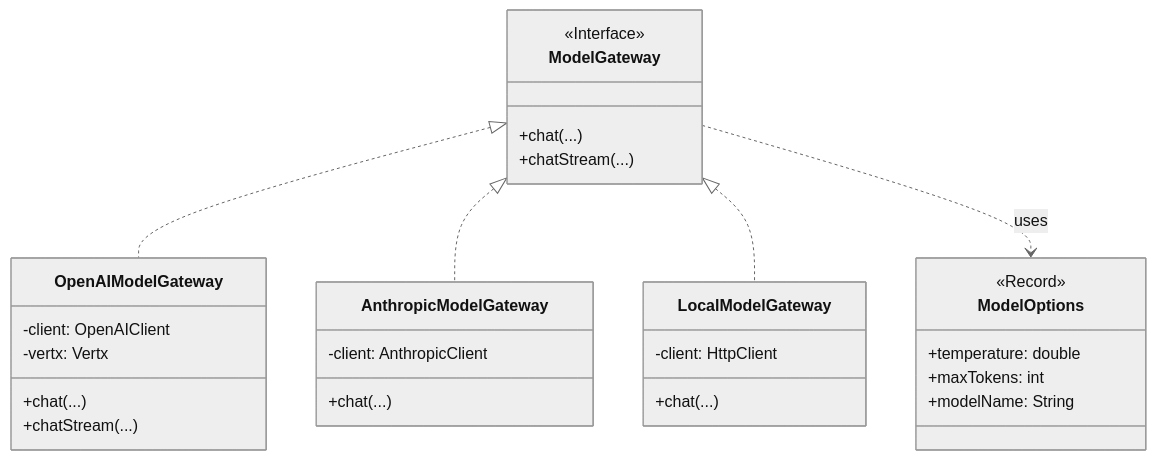
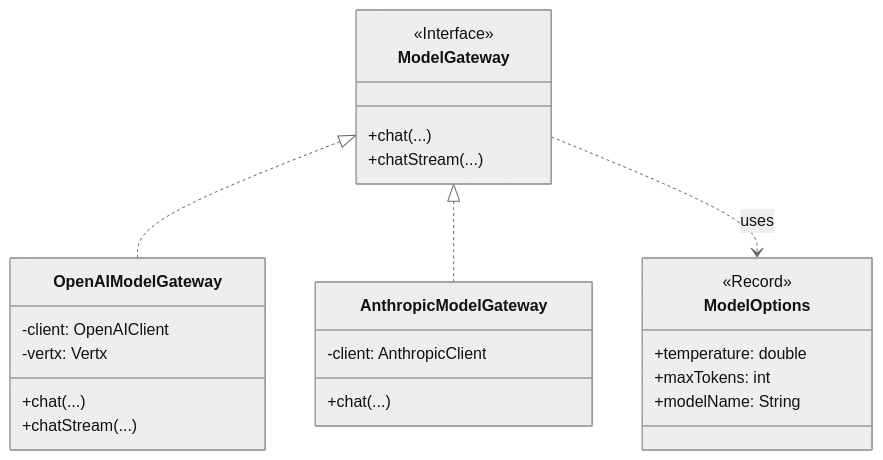
The third of 3 diagrams in docs/CORE_KERNEL_DESIGN.md (stream-iori/ganglia), drawn with Mermaid (neutral theme) before and after one commit. The commit also changed other lines of this file and 52 other files, not shown here.

````diff
--- a/docs/CORE_KERNEL_DESIGN.md
+++ b/docs/CORE_KERNEL_DESIGN.md
@@ -188,38 +144,32 @@
 ```mermaid
 classDiagram
     class ModelGateway {
         <<Interface>>
         +chat(...)
         +chatStream(...)
     }
     
     class OpenAIModelGateway {
         -client: OpenAIClient
         -vertx: Vertx
         +chat(...)
         +chatStream(...)
     }
     
     class AnthropicModelGateway {
         -client: AnthropicClient
         +chat(...)
     }
     
-    class LocalModelGateway {
-        -client: HttpClient
-        +chat(...)
-    }
-    
     ModelGateway <|.. OpenAIModelGateway
     ModelGateway <|.. AnthropicModelGateway
-    ModelGateway <|.. LocalModelGateway
     
     class ModelOptions {
         <<Record>>
         +temperature: double
         +maxTokens: int
         +modelName: String
     }
     
     ModelGateway ..> ModelOptions : uses
 ```
````
